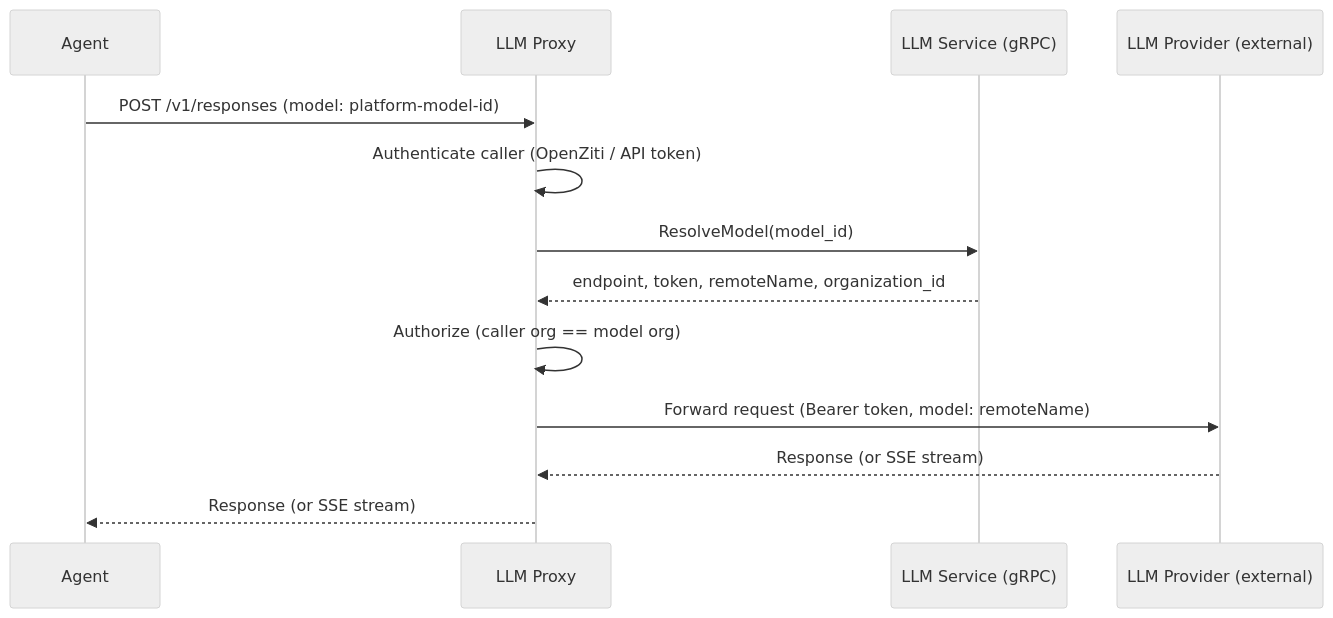
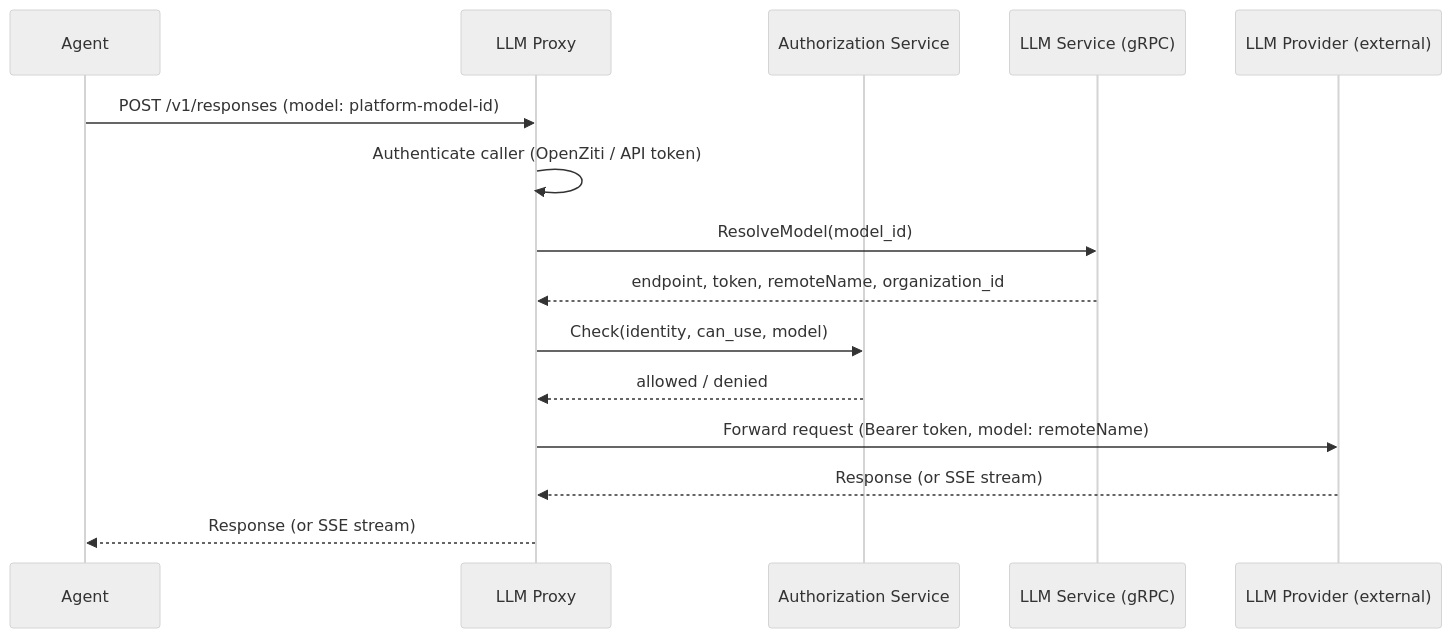
The diagram in architecture/llm-proxy.md (agynio/architecture), drawn with Mermaid (neutral theme) before and after one commit. The commit also changed other lines of this file and 2 other files, not shown here.

First line of the commit message:
Fix agn coupling and authorization delegation

````diff
--- a/architecture/llm-proxy.md
+++ b/architecture/llm-proxy.md
@@ -56,16 +56,18 @@
 ```mermaid
 sequenceDiagram
     participant A as Agent
     participant P as LLM Proxy
+    participant Auth as Authorization Service
     participant L as LLM Service (gRPC)
     participant E as LLM Provider (external)
 
     A->>P: POST /v1/responses (model: platform-model-id)
     P->>P: Authenticate caller (OpenZiti / API token)
     P->>L: ResolveModel(model_id)
     L-->>P: endpoint, token, remoteName, organization_id
-    P->>P: Authorize (caller org == model org)
+    P->>Auth: Check(identity, can_use, model)
+    Auth-->>P: allowed / denied
     P->>E: Forward request (Bearer token, model: remoteName)
     E-->>P: Response (or SSE stream)
     P-->>A: Response (or SSE stream)
 ```
````
